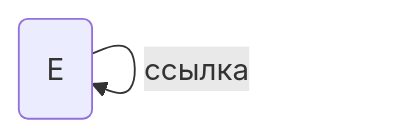
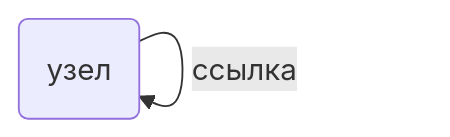
One commit to hamster-i/list changed the diagram in README.md. Above: the diagram before and after it, drawn with Mermaid.

````diff
--- a/README.md
+++ b/README.md
@@ -7,4 +7,4 @@
    ```mermaid
    graph LR;
-    В(A)--ссылка-->В(B)--ссылка-->В(C)--ссылка-->В(D)--ссылка-->В(E);
+    В(узел)--ссылка-->В(узел)--ссылка-->В(узел);
    ```
````
